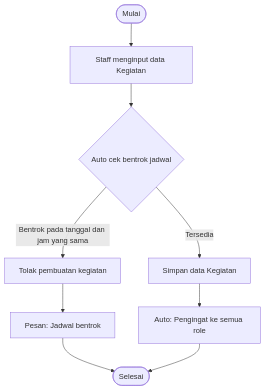
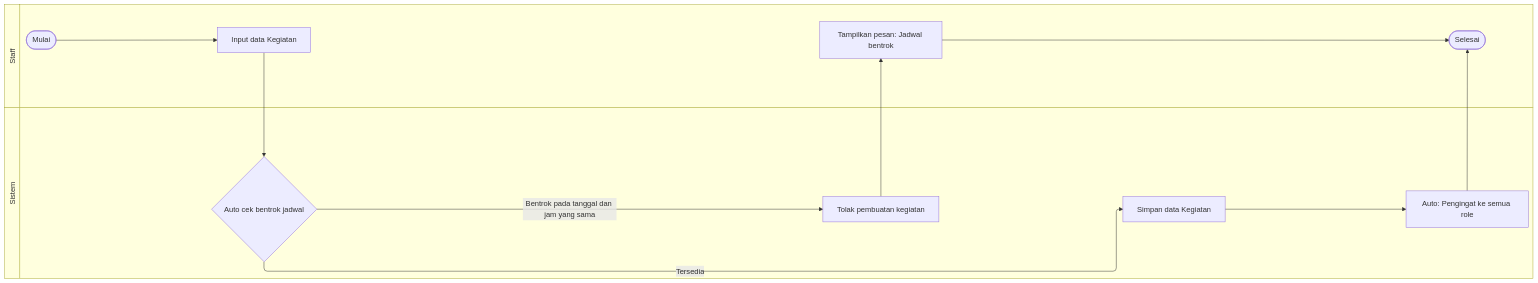
Before and after one commit to cisnatinnov/SI_Pengelolaan_Data_Agenda: diagram 14 of 16 in laravel-vue-mvc/docs/UML_Documentation.md, drawn with Mermaid. The commit also changed other lines of this file and 7 other files, not shown here.

First line of the commit message:
Update UML documentation and diagrams for user flows

````diff
--- a/laravel-vue-mvc/docs/UML_Documentation.md
+++ b/laravel-vue-mvc/docs/UML_Documentation.md
@@ -413,11 +476,23 @@
 ```mermaid
-flowchart TD
-    A([Mulai]) --> B[Staff menginput data Kegiatan]
-    B --> D{Auto cek bentrok jadwal}
-    D -- Bentrok pada tanggal dan jam yang sama --> E[Tolak pembuatan kegiatan]
-    E --> E1[Pesan: Jadwal bentrok]
-    D -- Tersedia --> F[Simpan data Kegiatan]
-    F --> G[Auto: Pengingat ke semua role]
-    E1 --> H([Selesai])
-    G --> H
+swimlane-beta LR
+  subgraph Staff
+    A([Mulai])
+    B[Input data Kegiatan]
+    C[Tampilkan pesan: Jadwal bentrok]
+    D([Selesai])
+  end
+  subgraph Sistem
+    E{Auto cek bentrok jadwal}
+    F[Tolak pembuatan kegiatan]
+    G[Simpan data Kegiatan]
+    H[Auto: Pengingat ke semua role]
+  end
+  A --> B
+  B --> E
+  E -- Bentrok pada tanggal dan jam yang sama --> F
+  F --> C
+  E -- Tersedia --> G
+  G --> H
+  C --> D
+  H --> D
 ```
````
